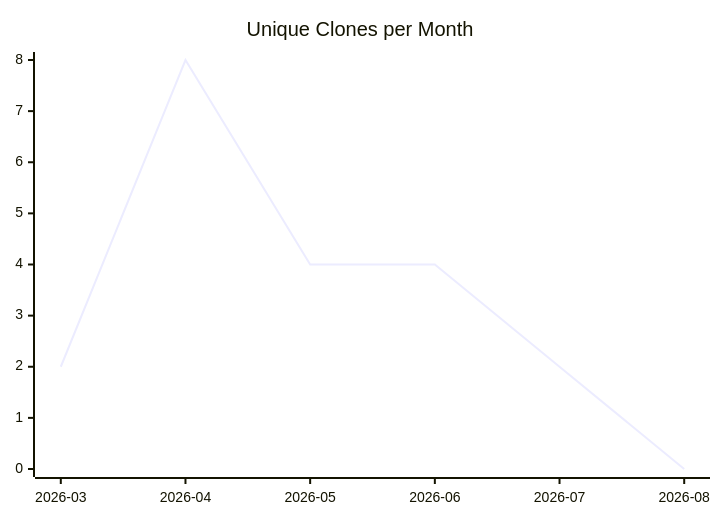
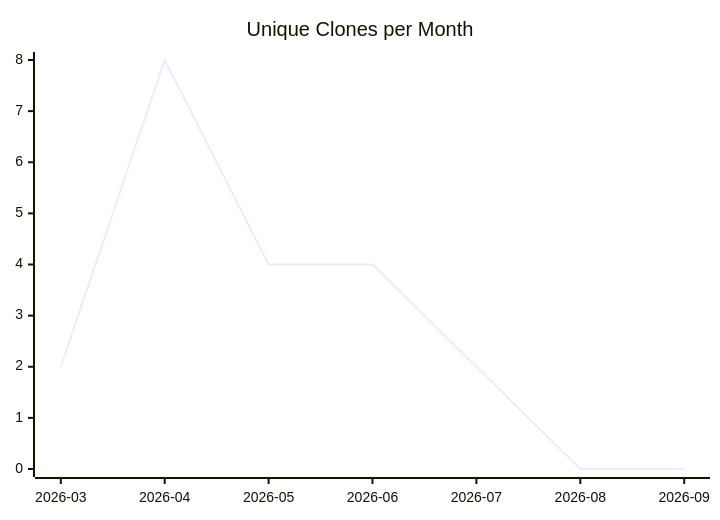
One commit to justdavis-family/github-analytics-data changed the third of 3 diagrams in karlmdavis/m2e-core-tests/README.md. Above: the diagram before and after it, drawn with Mermaid. The commit also changed other lines of this file and 190 other files, not shown here.

````diff
--- a/karlmdavis/m2e-core-tests/README.md
+++ b/karlmdavis/m2e-core-tests/README.md
@@ -19,6 +19,6 @@
 ```mermaid
 xychart-beta
   title "Unique Clones per Month"
-  x-axis ["2026-03", "2026-04", "2026-05", "2026-06", "2026-07", "2026-08"]
-  line [2, 8, 4, 4, 2, 0]
+  x-axis ["2026-03", "2026-04", "2026-05", "2026-06", "2026-07", "2026-08", "2026-09"]
+  line [2, 8, 4, 4, 2, 0, 0]
 ```
````
